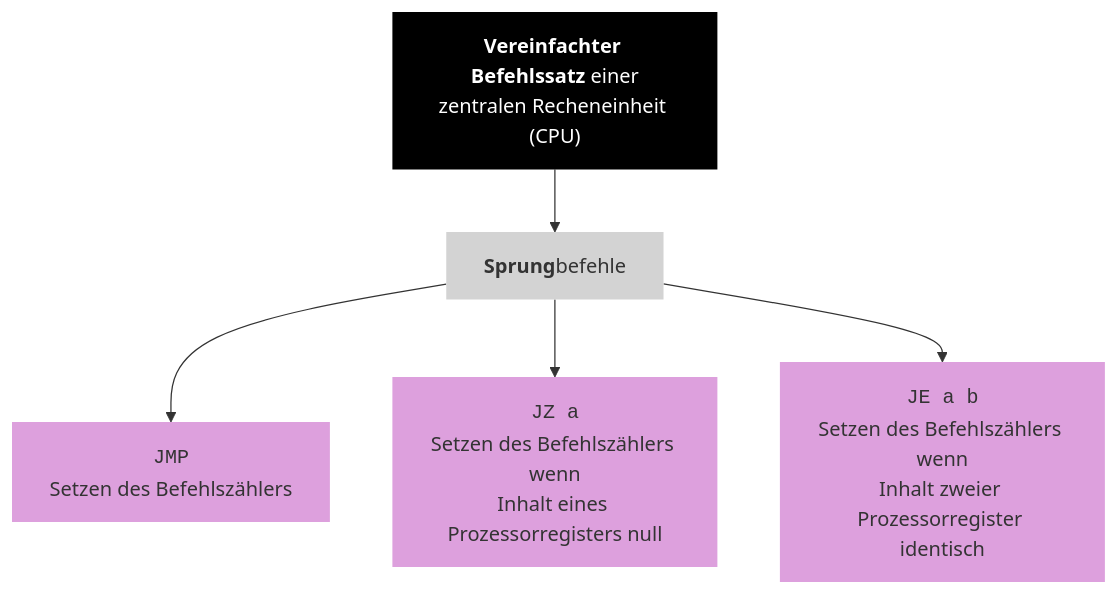
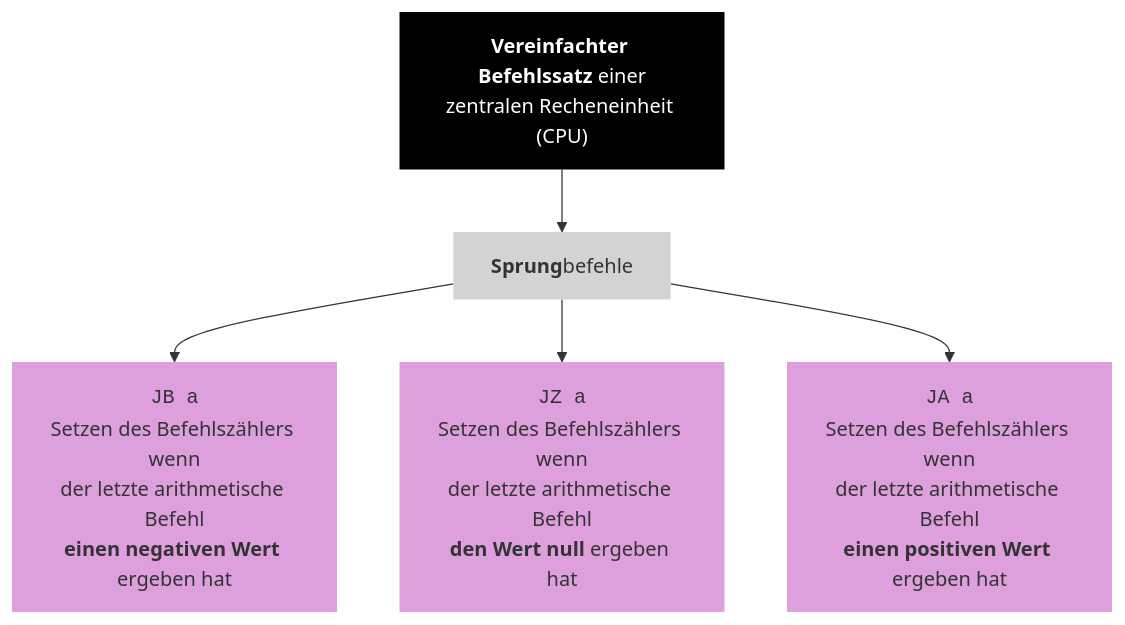
One commit to ghackenberg/python-grundlagen-kurs changed the diagram in Grafiken/Mermaid/Befehle/Sprung.mmd. Above: the diagram before and after it, drawn with Mermaid. The commit also changed 6 other files, not shown here.

```diff
--- a/Grafiken/Mermaid/Befehle/Sprung.mmd
+++ b/Grafiken/Mermaid/Befehle/Sprung.mmd
@@ -1,17 +1,17 @@
 flowchart
 
     Befehle["<b>Vereinfachter Befehlssatz</b> einer<br/>zentralen Recheneinheit (CPU)"]
 
     Befehle --> Sprung["<b>Sprung</b>befehle"]
 
-    Sprung --> JMP["<code>JMP</code><br/>Setzen des Befehlszählers"]
-    Sprung --> JZ["<code>JZ a</code><br/>Setzen des Befehlszählers wenn<br/>Inhalt eines Prozessorregisters null"]
-    Sprung --> JE["<code>JE a b</code><br/>Setzen des Befehlszählers wenn<br/>Inhalt zweier Prozessorregister identisch"]
+    Sprung --> JB["<code>JB a</code><br/>Setzen des Befehlszählers wenn<br/>der letzte arithmetische Befehl<br/><b>einen negativen Wert</b> ergeben hat"]
+    Sprung --> JZ["<code>JZ a</code><br/>Setzen des Befehlszählers wenn<br/>der letzte arithmetische Befehl<br/><b>den Wert null</b> ergeben hat"]
+    Sprung --> JA["<code>JA a</code><br/>Setzen des Befehlszählers wenn<br/>der letzte arithmetische Befehl<br/><b>einen positiven Wert</b> ergeben hat"]
 
     style Befehle fill:black,color:white,stroke-width:0px
 
     style Sprung fill:lightgray,stroke-width:0px
 
-    style JMP fill:plum,stroke-width:0px
+    style JB fill:plum,stroke-width:0px
     style JZ fill:plum,stroke-width:0px
-    style JE fill:plum,stroke-width:0px
+    style JA fill:plum,stroke-width:0px
```
